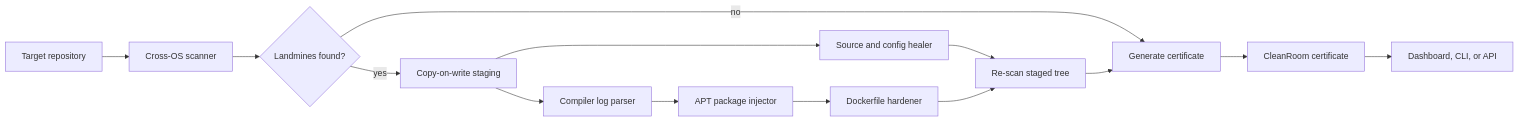
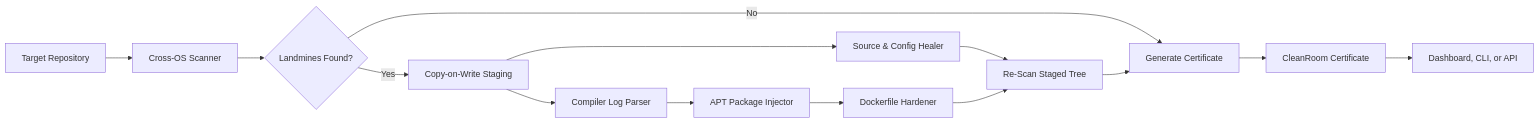
One commit to ItzRainUwU/WorksOnMyMachine changed the diagram in README.md. Above: the diagram before and after it, drawn with Mermaid. The commit also changed other lines of this file and 1 other file, not shown here.

````diff
--- a/README.md
+++ b/README.md
@@ -54,16 +56,16 @@
 ```mermaid
 flowchart LR
-    A[Target repository] --> B[Cross-OS scanner]
-    B --> C{Landmines found?}
-    C -->|no| D[Generate certificate]
-    C -->|yes| E[Copy-on-write staging]
-    E --> F[Source and config healer]
-    E --> G[Compiler log parser]
-    G --> H[APT package injector]
-    H --> I[Dockerfile hardener]
-    F --> J[Re-scan staged tree]
+    A[Target Repository] --> B[Cross-OS Scanner]
+    B --> C{Landmines Found?}
+    C -->|No| D[Generate Certificate]
+    C -->|Yes| E[Copy-on-Write Staging]
+    E --> F[Source & Config Healer]
+    E --> G[Compiler Log Parser]
+    G --> H[APT Package Injector]
+    H --> I[Dockerfile Hardener]
+    F --> J[Re-Scan Staged Tree]
     I --> J
     J --> D
-    D --> K[CleanRoom certificate]
+    D --> K[CleanRoom Certificate]
     K --> L[Dashboard, CLI, or API]
 ```
````
